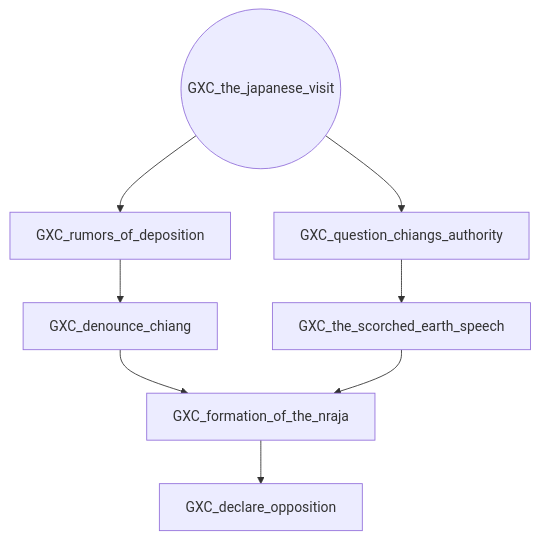
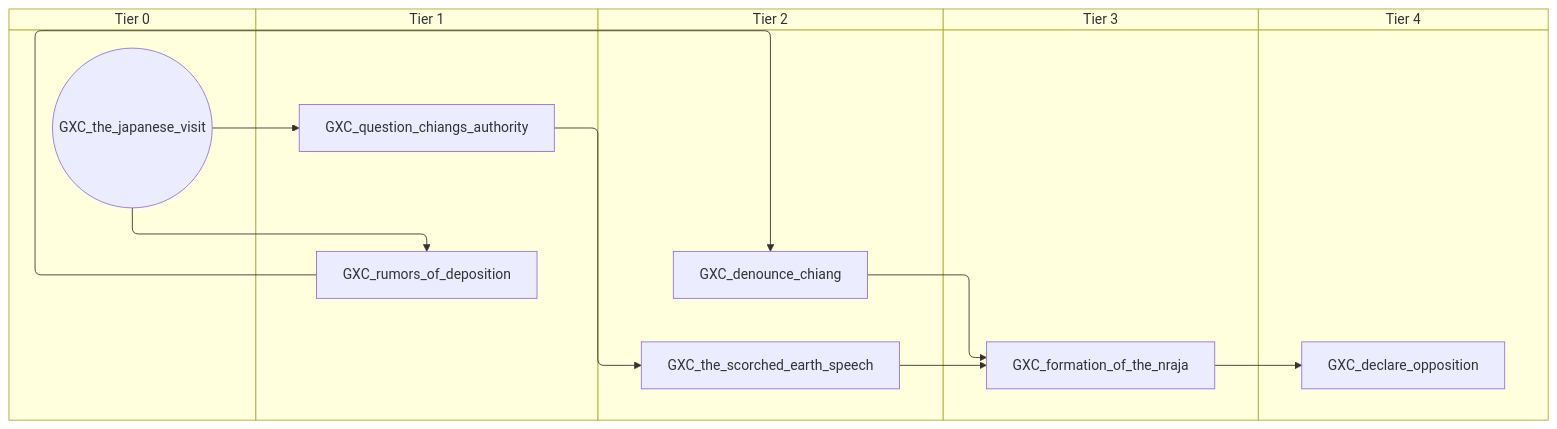
The diagram in docs/gdd/National Focuses/TSR_lingguang_incident_joint_branch.md (evgeny-sobol/hoi4-sandbox-mode-r56), drawn with Mermaid before and after one commit. The commit also changed 423 other files, not shown here.

First line of the commit message:
Re-export Rt56 focus trees as swimlane diagrams

````diff
--- a/docs/gdd/National Focuses/TSR_lingguang_incident_joint_branch.md
+++ b/docs/gdd/National Focuses/TSR_lingguang_incident_joint_branch.md
@@ -3,17 +3,27 @@
 ```mermaid
-flowchart TD
-    n1["GXC_declare_opposition"]
-    n2["GXC_denounce_chiang"]
-    n3["GXC_formation_of_the_nraja"]
-    n4["GXC_question_chiangs_authority"]
-    n5["GXC_rumors_of_deposition"]
-    n6(("GXC_the_japanese_visit"))
-    n7["GXC_the_scorched_earth_speech"]
-    n3 --> n1
-    n5 --> n2
-    n2 --> n3
-    n7 --> n3
-    n6 --> n4
-    n6 --> n5
-    n4 --> n7
+swimlane-beta TD
+    subgraph tier_0["Tier 0"]
+        n1(("GXC_the_japanese_visit"))
+    end
+    subgraph tier_1["Tier 1"]
+        n2["GXC_question_chiangs_authority"]
+        n3["GXC_rumors_of_deposition"]
+    end
+    subgraph tier_2["Tier 2"]
+        n4["GXC_denounce_chiang"]
+        n5["GXC_the_scorched_earth_speech"]
+    end
+    subgraph tier_3["Tier 3"]
+        n6["GXC_formation_of_the_nraja"]
+    end
+    subgraph tier_4["Tier 4"]
+        n7["GXC_declare_opposition"]
+    end
+    n6 --> n7
+    n3 --> n4
+    n4 --> n6
+    n5 --> n6
+    n1 --> n2
+    n1 --> n3
+    n2 --> n5
 ```
````
